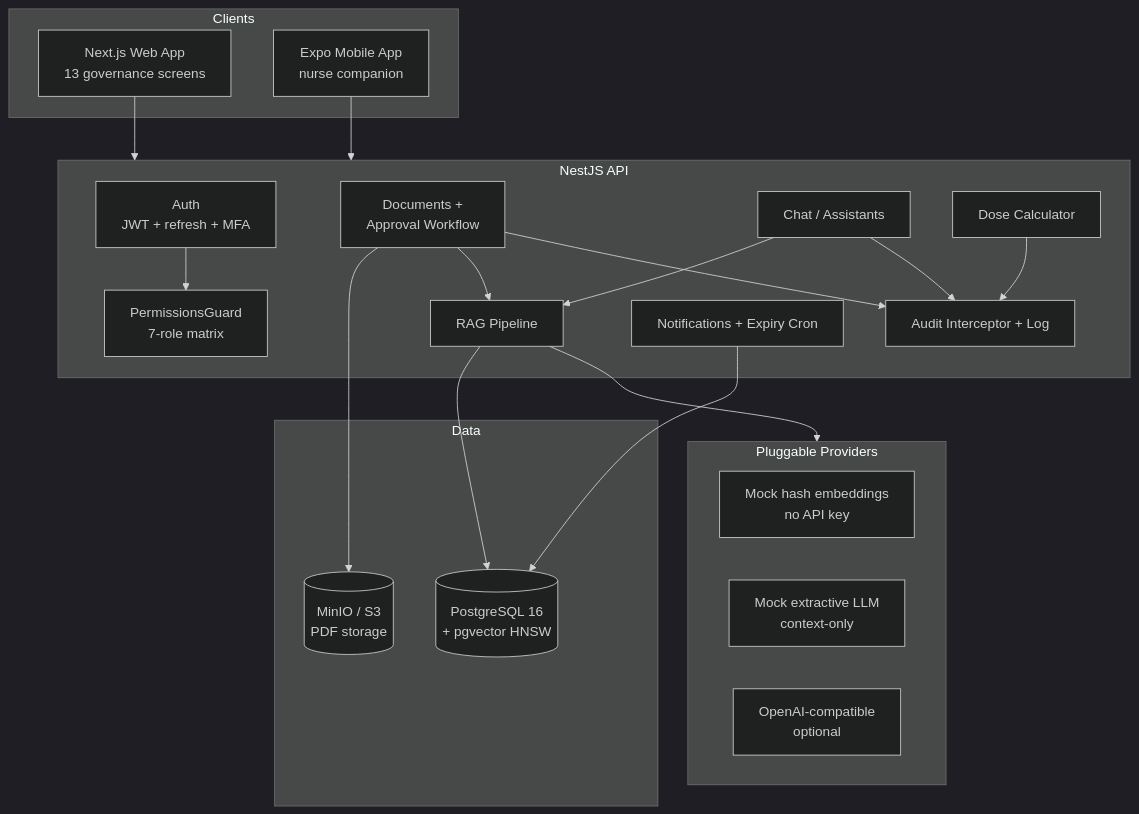
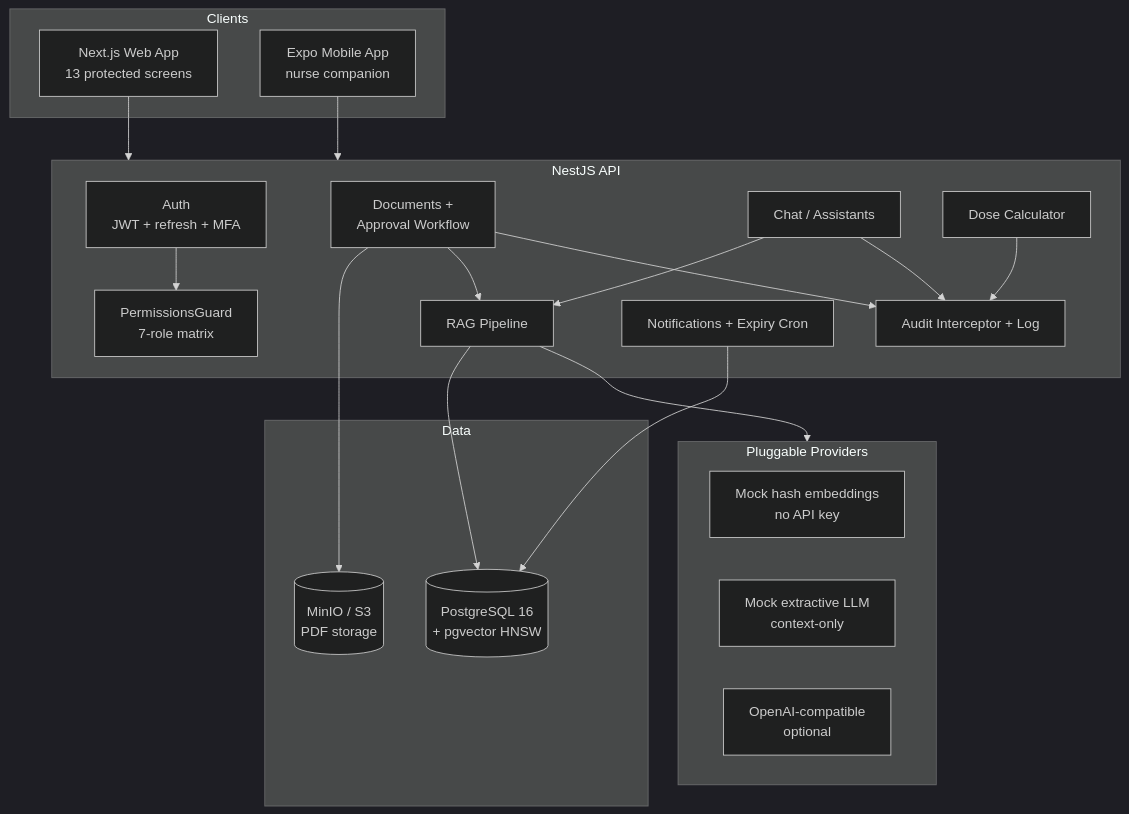
The first of 3 diagrams in docs/architecture.md (totti0770-beep/BNP-Decision-Guard-), drawn with Mermaid (dark theme) before and after one commit. The commit also changed 2 other files, not shown here.

````diff
--- a/docs/architecture.md
+++ b/docs/architecture.md
@@ -5,42 +5,42 @@
 ```mermaid
 graph TB
     subgraph Clients
-        WEB[Next.js Web App<br/>13 governance screens]
+        WEB[Next.js Web App<br/>13 protected screens]
         MOB[Expo Mobile App<br/>nurse companion]
     end
 
     subgraph API [NestJS API]
         AUTH[Auth<br/>JWT + refresh + MFA]
         RBAC[PermissionsGuard<br/>7-role matrix]
         DOCS[Documents +<br/>Approval Workflow]
         RAG[RAG Pipeline]
         CHAT[Chat / Assistants]
         DOSE[Dose Calculator]
         AUDIT[Audit Interceptor + Log]
         NOTIF[Notifications + Expiry Cron]
     end
 
     subgraph Data
         PG[(PostgreSQL 16<br/>+ pgvector HNSW)]
         S3[(MinIO / S3<br/>PDF storage)]
     end
 
     subgraph AI [Pluggable Providers]
         MOCKE[Mock hash embeddings<br/>no API key]
         MOCKL[Mock extractive LLM<br/>context-only]
         OAI[OpenAI-compatible<br/>optional]
     end
 
     WEB --> API
     MOB --> API
     AUTH --> RBAC
     DOCS --> S3
     DOCS --> RAG
     RAG --> PG
     RAG --> AI
     CHAT --> RAG
     CHAT --> AUDIT
     DOSE --> AUDIT
     DOCS --> AUDIT
     NOTIF --> PG
 ```
````
